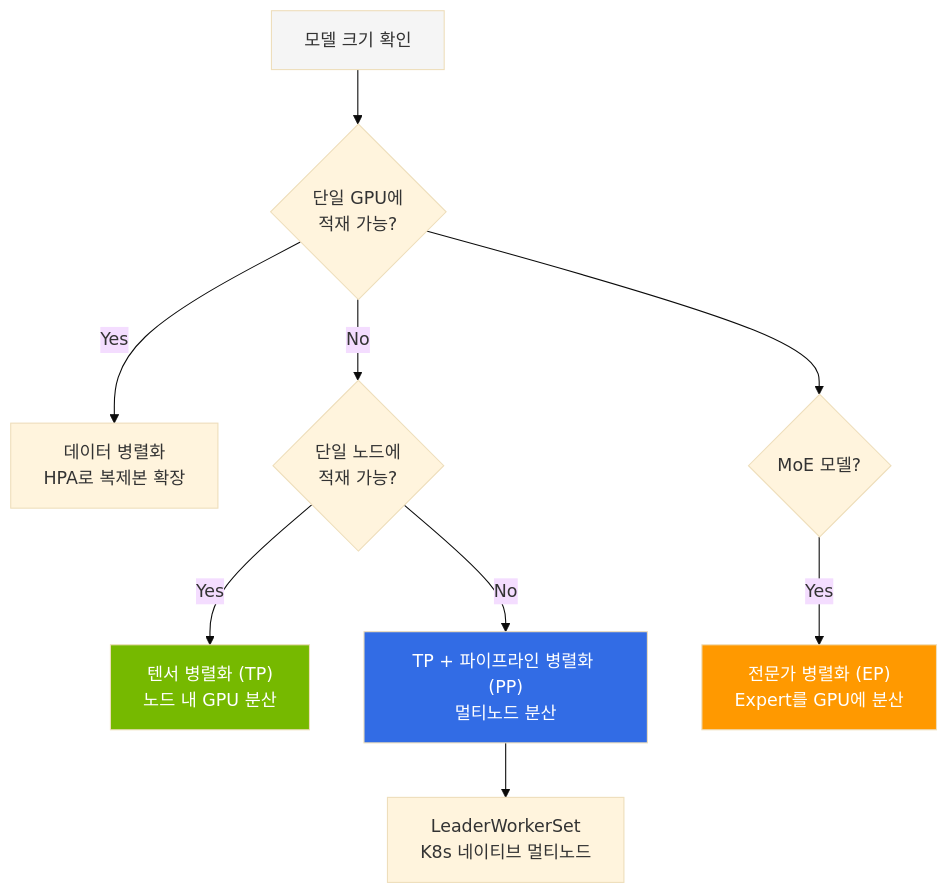
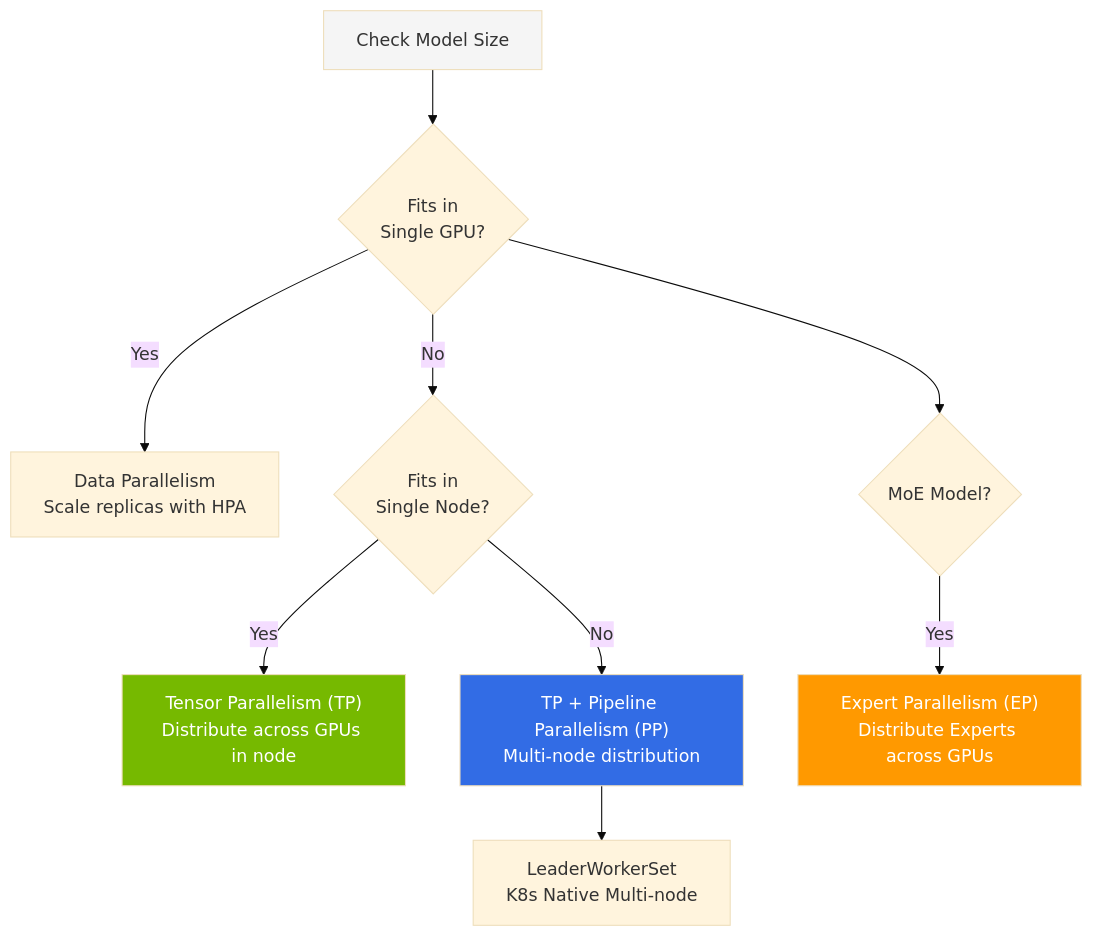
One commit to devfloor9/engineering-playbook changed the first of 3 diagrams in i18n/en/docusaurus-plugin-content-docs/current/agentic-ai-platform/model-serving/inference-optimization/kv-cache-optimization.md. Above: the diagram before and after it, drawn with Mermaid (base theme). The commit also changed other lines of this file and 72 other files, not shown here.

````diff
--- a/i18n/en/docusaurus-plugin-content-docs/current/agentic-ai-platform/model-serving/inference-optimization/kv-cache-optimization.md
+++ b/i18n/en/docusaurus-plugin-content-docs/current/agentic-ai-platform/model-serving/inference-optimization/kv-cache-optimization.md
@@ -59,17 +59,17 @@
 ```mermaid
 flowchart TD
-    START[모델 크기 확인] --> Q1{단일 GPU에<br/>적재 가능?}
-    Q1 -->|Yes| DP[데이터 병렬화<br/>HPA로 복제본 확장]
-    Q1 -->|No| Q2{단일 노드에<br/>적재 가능?}
-    Q2 -->|Yes| TP["텐서 병렬화 (TP)<br/>노드 내 GPU 분산"]
-    Q2 -->|No| TPPP["TP + 파이프라인 병렬화 (PP)<br/>멀티노드 분산"]
-    TPPP --> LWS[LeaderWorkerSet<br/>K8s 네이티브 멀티노드]
+    START[Check Model Size] --> Q1{Fits in<br/>Single GPU?}
+    Q1 -->|Yes| DP[Data Parallelism<br/>Scale replicas with HPA]
+    Q1 -->|No| Q2{Fits in<br/>Single Node?}
+    Q2 -->|Yes| TP["Tensor Parallelism (TP)<br/>Distribute across GPUs in node"]
+    Q2 -->|No| TPPP["TP + Pipeline Parallelism (PP)<br/>Multi-node distribution"]
+    TPPP --> LWS[LeaderWorkerSet<br/>K8s Native Multi-node]
 
-    Q1 --> Q3{MoE 모델?}
-    Q3 -->|Yes| EP["전문가 병렬화 (EP)<br/>Expert를 GPU에 분산"]
+    Q1 --> Q3{MoE Model?}
+    Q3 -->|Yes| EP["Expert Parallelism (EP)<br/>Distribute Experts across GPUs"]
 
     style START fill:#f5f5f5
     style TP fill:#76b900,color:#fff
     style TPPP fill:#326ce5,color:#fff
     style EP fill:#ff9900,color:#fff
 ```
````
